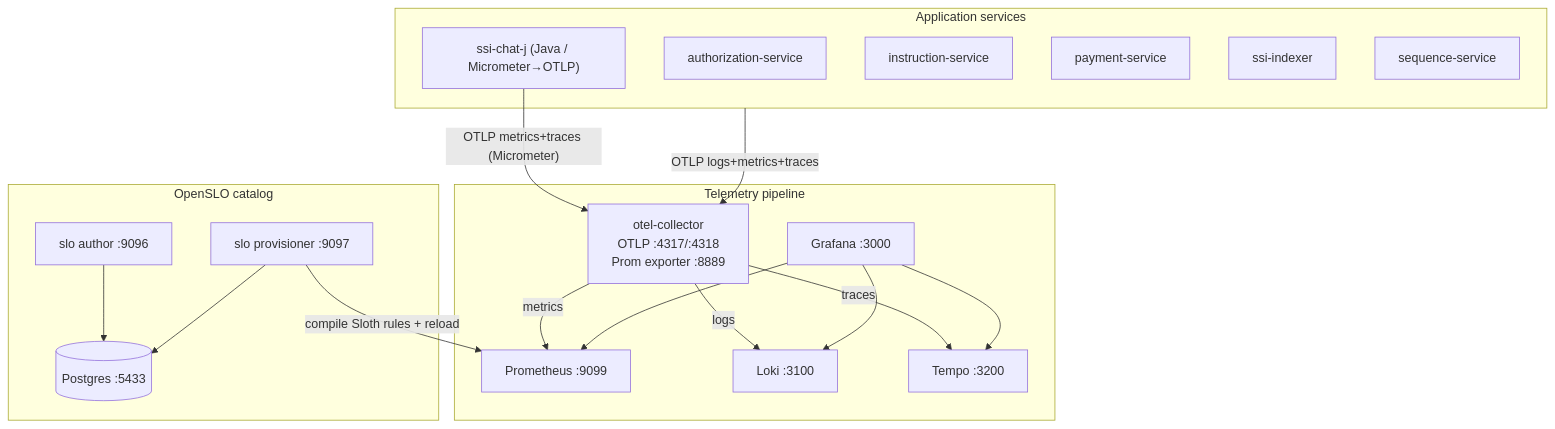
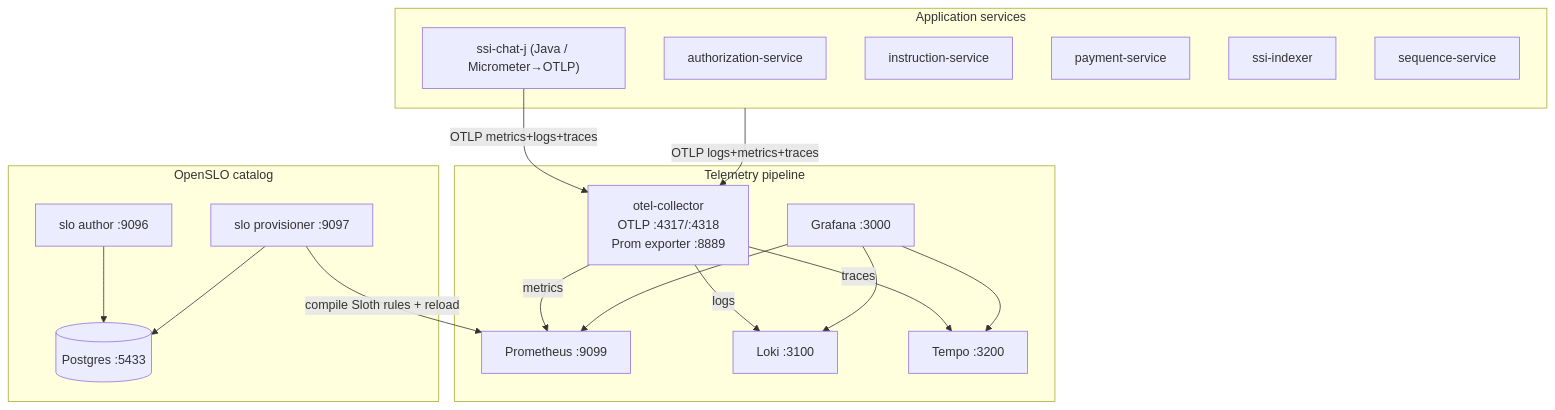
One commit to sanjuthomas/policy-pilot changed the diagram in docs/observability.md. Above: the diagram before and after it, drawn with Mermaid. The commit also changed other lines of this file and 8 other files, not shown here.

First line of the commit message:
Hook ssi-chat-j into Prometheus and Loki over OTLP HTTP.

````diff
--- a/docs/observability.md
+++ b/docs/observability.md
@@ -9,37 +9,37 @@
 ```mermaid
 flowchart TB
   subgraph Apps["Application services"]
     CHAT["ssi-chat-j (Java / Micrometer→OTLP)"]
     AUTHZ["authorization-service"]
     INST["instruction-service"]
     PAY["payment-service"]
     ETL["ssi-indexer"]
     SEQ["sequence-service"]
   end
 
   subgraph Telemetry["Telemetry pipeline"]
     OTEL["otel-collector<br/>OTLP :4317/:4318<br/>Prom exporter :8889"]
     PROM["Prometheus :9099"]
     LOKI["Loki :3100"]
     TEMPO["Tempo :3200"]
     GRAF["Grafana :3000"]
   end
 
   subgraph SLO["OpenSLO catalog"]
     AUTHOR["slo author :9096"]
     PROV["slo provisioner :9097"]
     PG[(Postgres :5433)]
   end
 
+  CHAT -->|"OTLP metrics+logs+traces"| OTEL
   Apps -->|"OTLP logs+metrics+traces"| OTEL
-  CHAT -->|"OTLP metrics+traces (Micrometer)"| OTEL
   OTEL -->|metrics| PROM
   OTEL -->|logs| LOKI
   OTEL -->|traces| TEMPO
   GRAF --> PROM
   GRAF --> LOKI
   GRAF --> TEMPO
   AUTHOR --> PG
   PROV --> PG
   PROV -->|"compile Sloth rules + reload"| PROM
 ```
````
